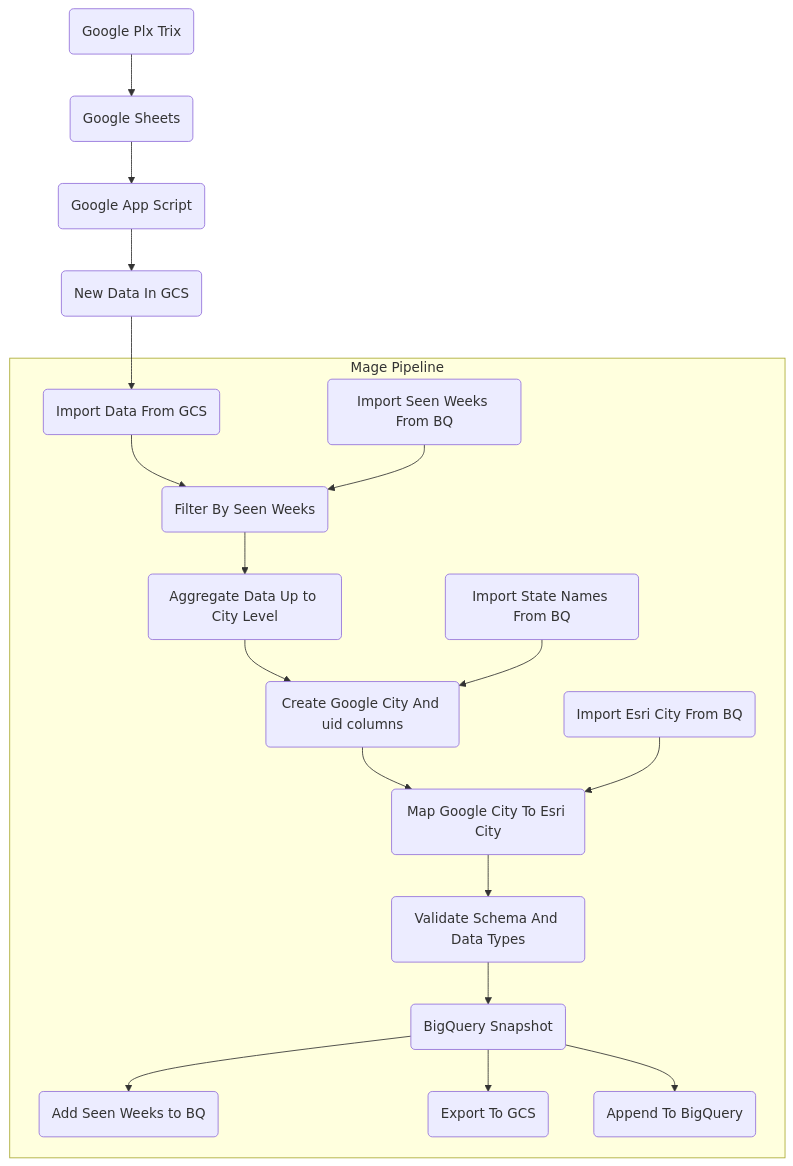
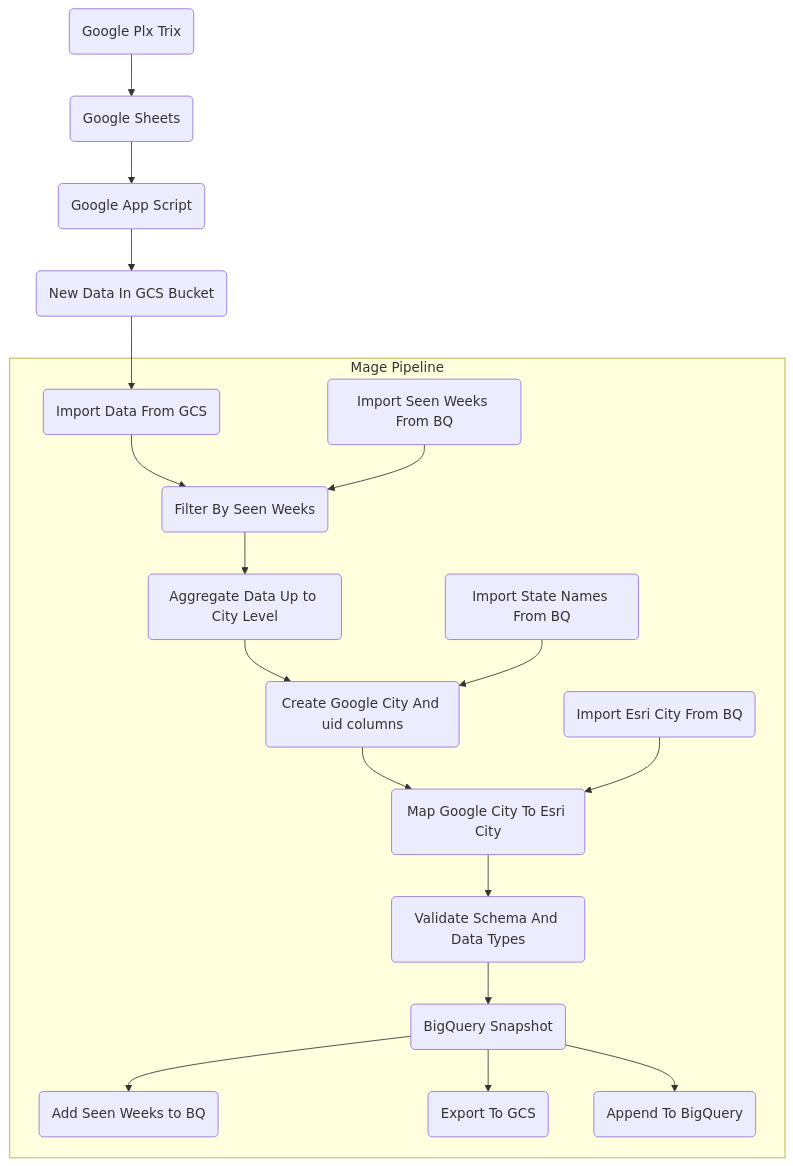
The diagram in documentation/pipelines/us_activations.md (CarrierOps/1P-Wiki), drawn with Mermaid before and after one commit. The commit also changed 2 other files, not shown here.

Commit message:
Flowchart eits

````diff
--- a/documentation/pipelines/us_activations.md
+++ b/documentation/pipelines/us_activations.md
@@ -9,40 +9,40 @@
 ```mermaid
 flowchart TD
 id0(Google Plx Trix)
 id00(Google Sheets)
 id000(Google App Script)
-id0000(New Data In GCS)
+id0000(New Data In GCS Bucket)
 id0-->id00
 id00 --> id000
 id000 --> id0000
 id0000 -->id1
 
 subgraph Mage Pipeline
 id1(Import Data From GCS)
 id2(Import State Names From BQ)
 id3(Import Seen Weeks From BQ)
 id4(Import Esri City From BQ)
 id5(Filter By Seen Weeks)
 id1 --> id5
 id3 --> id5
 id6(Aggregate Data Up to City Level)
 id5 --> id6
 id7(Create Google City And uid columns)
 id6 --> id7
 id2 --> id7
 id8(Map Google City To Esri City)
 id7 --> id8
 id4 --> id8
 id9(Validate Schema And Data Types)
 id8 --> id9
 id10(BigQuery Snapshot)
 id9 --> id10
 id11(Add Seen Weeks to BQ)
 id10 --> id11
 id12(Export To GCS)
 id13(Append To BigQuery)
 id10 --> id12
 id10 -->id13
 end
 
 ```
````
